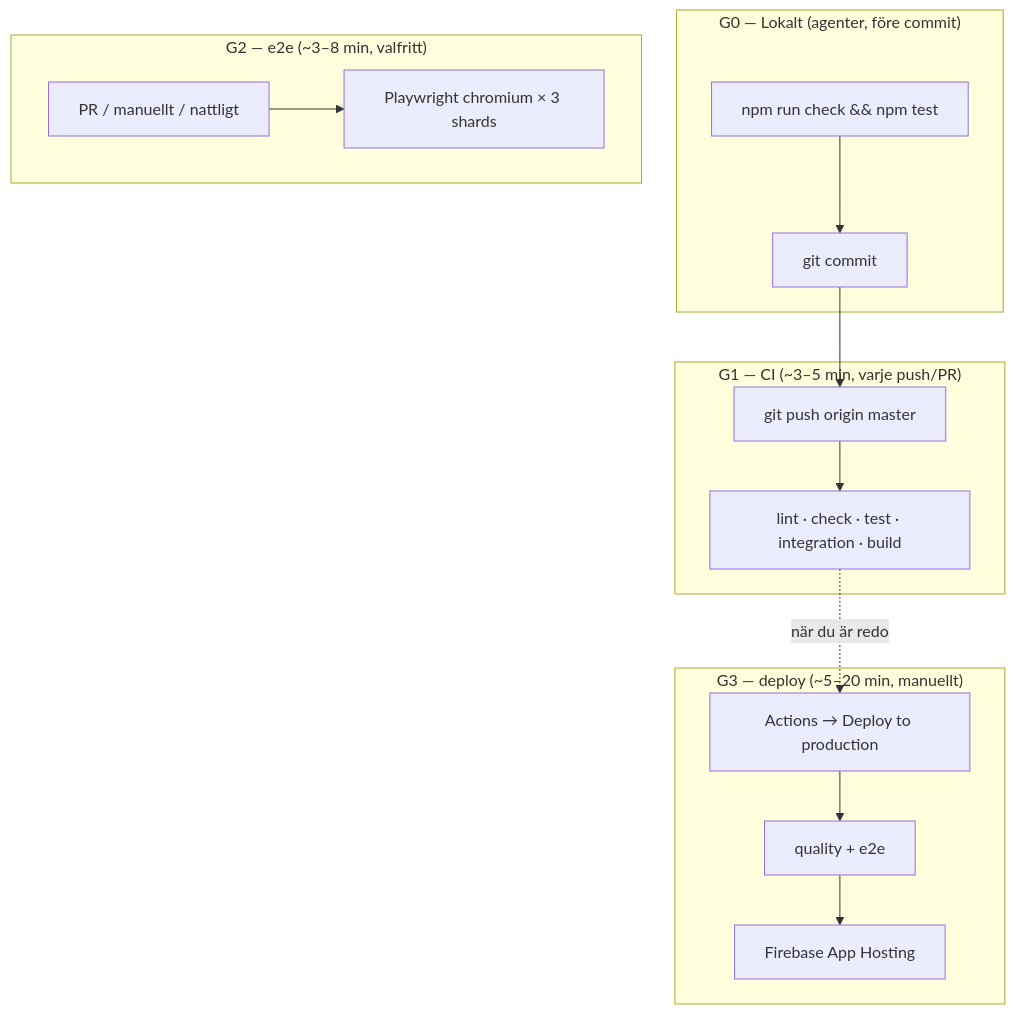
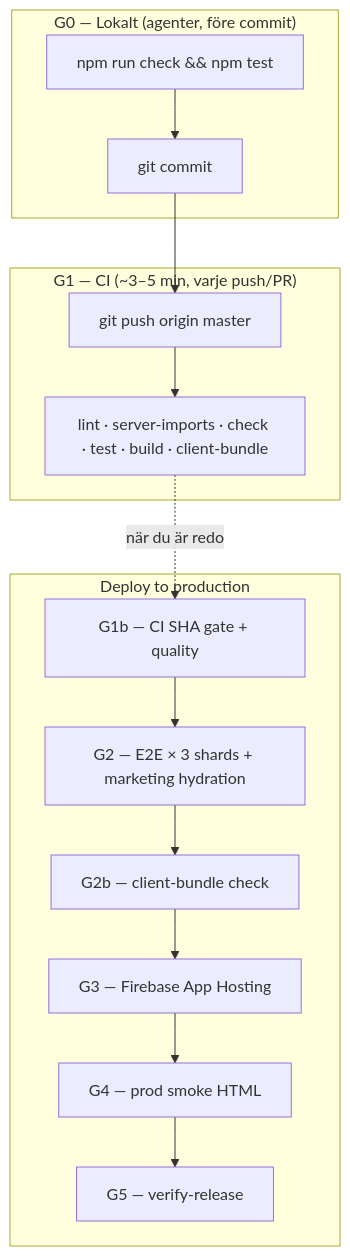
Before and after one commit to arpi09/grocery-manager: the diagram in docs/CI_CD.md, drawn with Mermaid. The commit also changed other lines of this file and 37 other files, not shown here.

````diff
--- a/docs/CI_CD.md
+++ b/docs/CI_CD.md
@@ -11,30 +11,27 @@
 ```mermaid
 flowchart TB
   subgraph G0["G0 — Lokalt (agenter, före commit)"]
     check[npm run check && npm test]
     commit[git commit]
     check --> commit
   end
 
   subgraph G1["G1 — CI (~3–5 min, varje push/PR)"]
     push[git push origin master]
-    q[lint · check · test · integration · build]
+    q[lint · server-imports · check · test · build · client-bundle]
     push --> q
   end
 
-  subgraph G2["G2 — e2e (~3–8 min, valfritt)"]
-    e2e[Playwright chromium × 3 shards]
-    pr[PR / manuellt / nattligt]
-    pr --> e2e
-  end
-
-  subgraph G3["G3 — deploy (~5–20 min, manuellt)"]
-    manual[Actions → Deploy to production]
-    fb[Firebase App Hosting]
-    manual --> q2[quality + e2e]
-    q2 --> fb
+  subgraph release["Deploy to production"]
+    G1b[G1b — CI SHA gate + quality]
+    G2[G2 — E2E × 3 shards + marketing hydration]
+    G2b[G2b — client-bundle check]
+    G3[G3 — Firebase App Hosting]
+    G4[G4 — prod smoke HTML]
+    G5[G5 — verify-release]
+    G1b --> G2 --> G2b --> G3 --> G4 --> G5
   end
 
   commit --> push
-  q -.->|när du är redo| manual
+  q -.->|när du är redo| G1b
 ```
````
